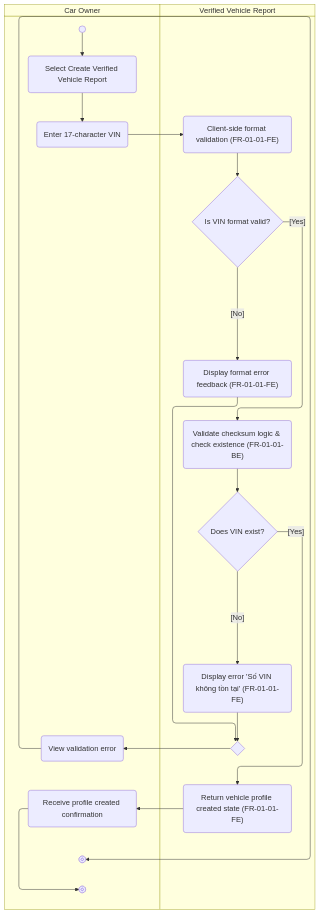
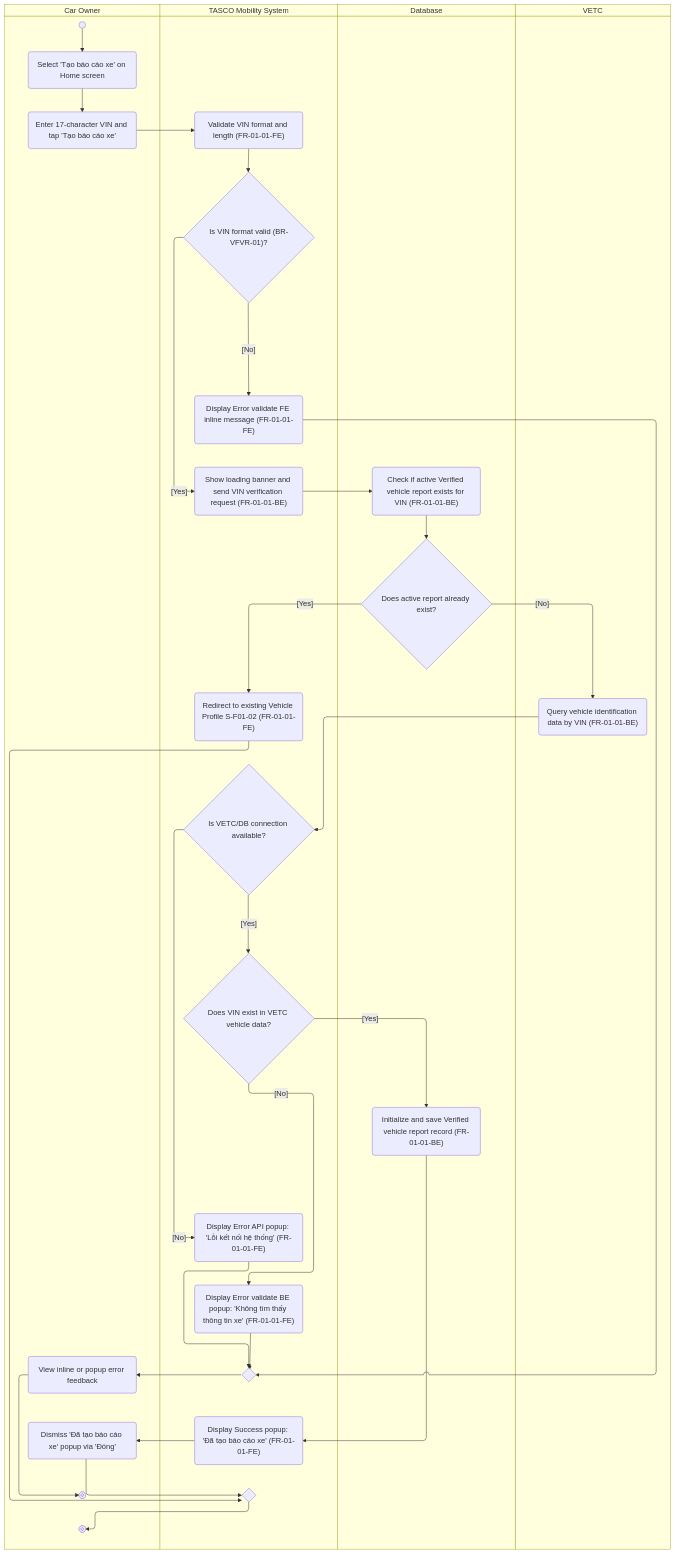
One commit to giangnhk63db/DBIZ-2_GROUP-A changed the diagram in docs/activity/AD-UC-1.01.md. Above: the diagram before and after it, drawn with Mermaid. The commit also changed other lines of this file, not shown here.

````diff
--- a/docs/activity/AD-UC-1.01.md
+++ b/docs/activity/AD-UC-1.01.md
@@ -22,35 +22,54 @@
 ```mermaid
 swimlane-beta TB
   subgraph ACT["Car Owner"]
     start@{ shape: sm-circ }
-    a1("Select Create Verified Vehicle Report")
-    a2("Enter 17-character VIN")
-    a3("View validation error")
-    a4("Receive profile created confirmation")
+    a1("Select 'Tạo báo cáo xe' on Home screen")
+    a2("Enter 17-character VIN and tap 'Tạo báo cáo xe'")
+    a3("View inline or popup error feedback")
+    a4("Dismiss 'Đã tạo báo cáo xe' popup via 'Đóng'")
     stop1@{ shape: fr-circ }
     stop2@{ shape: fr-circ }
   end
-  
-  subgraph SYS["Verified Vehicle Report"]
-    s1("Client-side format validation (FR-01-01-FE)")
-    d1{"Is VIN format valid?"}
-    s2("Display format error feedback (FR-01-01-FE)")
-    
-    s3("Validate checksum logic & check existence (FR-01-01-BE)")
-    d2{"Does VIN exist?"}
-    s4("Display error 'Số VIN không tồn tại' (FR-01-01-FE)")
-    
-    s5("Return vehicle profile created state (FR-01-01-FE)")
+
+  subgraph SYS["TASCO Mobility System"]
+    s1("Validate VIN format and length (FR-01-01-FE)")
+    d1{"Is VIN format valid (BR-VFVR-01)?"}
+    s2("Display Error validate FE inline message (FR-01-01-FE)")
+    s3("Show loading banner and send VIN verification request (FR-01-01-BE)")
+    s7("Redirect to existing Vehicle Profile S-F01-02 (FR-01-01-FE)")
+    d3{"Is VETC/DB connection available?"}
+    s4("Display Error API popup: 'Lỗi kết nối hệ thống' (FR-01-01-FE)")
+    d4{"Does VIN exist in VETC vehicle data?"}
+    s5("Display Error validate BE popup: 'Không tìm thấy thông tin xe' (FR-01-01-FE)")
+    s6("Display Success popup: 'Đã tạo báo cáo xe' (FR-01-01-FE)")
     m1{" "}
+    m2{" "}
+  end
+
+  subgraph DB["Database"]
+    db1("Check if active Verified vehicle report exists for VIN (FR-01-01-BE)")
+    d2{"Does active report already exist?"}
+    db2("Initialize and save Verified vehicle report record (FR-01-01-BE)")
+  end
+
+  subgraph VETC["VETC"]
+    vetc1("Query vehicle identification data by VIN (FR-01-01-BE)")
   end
 
   start --> a1 --> a2 --> s1 --> d1
-  
+
   d1 -->|"[No]"| s2 --> m1
-  d1 -->|"[Yes]"| s3 --> d2
-  
-  d2 -->|"[No]"| s4 --> m1
-  d2 -->|"[Yes]"| s5 --> a4 --> stop2
-  
+  d1 -->|"[Yes]"| s3 --> db1 --> d2
+
+  d2 -->|"[Yes]"| s7 --> m2
+  d2 -->|"[No]"| vetc1 --> d3
+
+  d3 -->|"[No]"| s4 --> m1
+  d3 -->|"[Yes]"| d4
+
+  d4 -->|"[No]"| s5 --> m1
+  d4 -->|"[Yes]"| db2 --> s6 --> a4 --> m2
+
   m1 --> a3 --> stop1
+  m2 --> stop2
 ```
````
